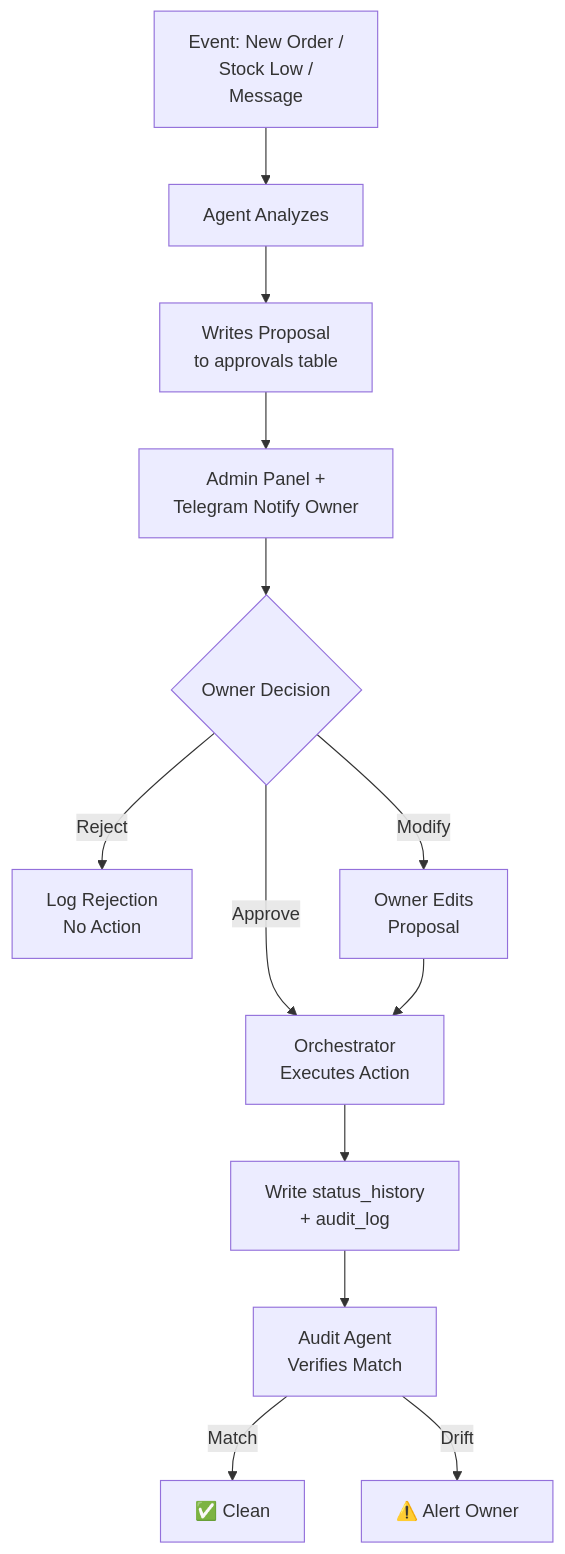
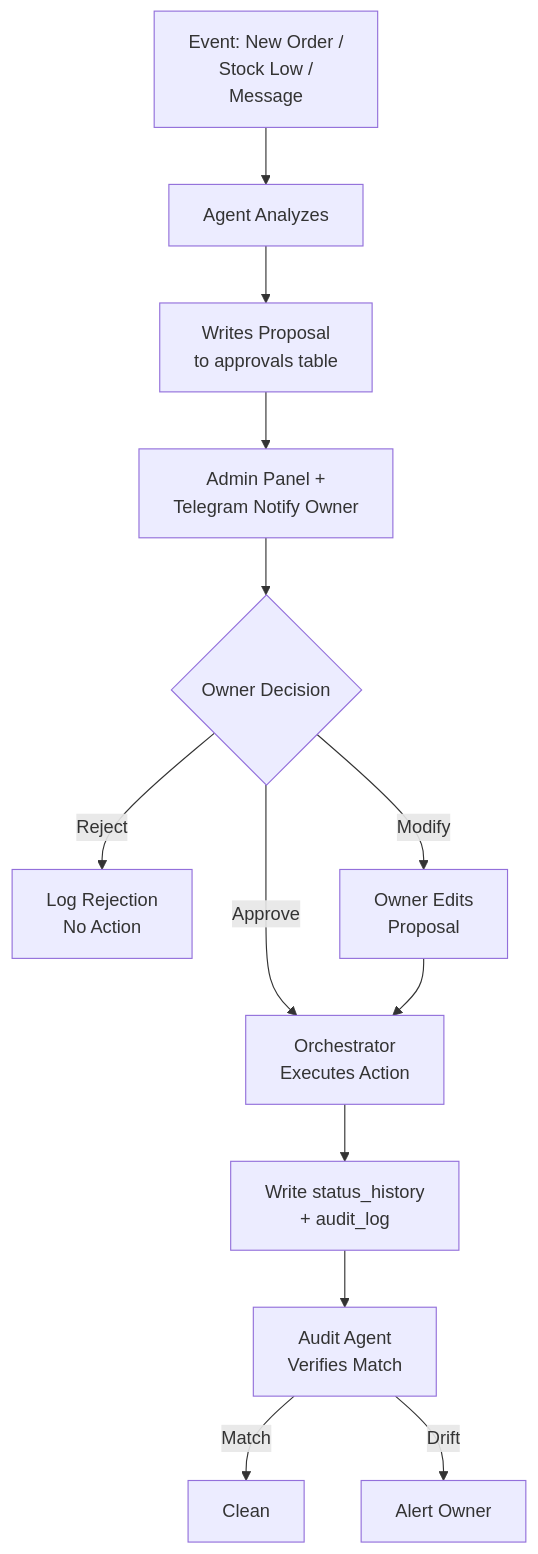
One commit to RishiSakhija/Shiro changed the fourth of 5 diagrams in README.md. Above: the diagram before and after it, drawn with Mermaid. The commit also changed other lines of this file, not shown here.

Commit message:
docs: fix Mermaid syntax in README - wrap labels with special chars in quotes, remove emojis from diagrams, fix Gantt chart task names

````diff
--- a/README.md
+++ b/README.md
@@ -196,15 +196,15 @@
 ```mermaid
 flowchart TD
-    A[Event: New Order /\nStock Low /\nMessage] --> B[Agent Analyzes]
-    B --> C[Writes Proposal\nto approvals table]
-    C --> D[Admin Panel +\nTelegram Notify Owner]
-    D --> E{Owner Decision}
-    E -->|Approve| F[Orchestrator\nExecutes Action]
-    E -->|Reject| G[Log Rejection\nNo Action]
-    E -->|Modify| H[Owner Edits\nProposal]
+    A["Event: New Order /\nStock Low /\nMessage"] --> B["Agent Analyzes"]
+    B --> C["Writes Proposal\nto approvals table"]
+    C --> D["Admin Panel +\nTelegram Notify Owner"]
+    D --> E{"Owner Decision"}
+    E -->|Approve| F["Orchestrator\nExecutes Action"]
+    E -->|Reject| G["Log Rejection\nNo Action"]
+    E -->|Modify| H["Owner Edits\nProposal"]
     H --> F
-    F --> I[Write status_history\n+ audit_log]
-    I --> J[Audit Agent\nVerifies Match]
-    J -->|Match| K[✅ Clean]
-    J -->|Drift| L[⚠️ Alert Owner]
+    F --> I["Write status_history\n+ audit_log"]
+    I --> J["Audit Agent\nVerifies Match"]
+    J -->|Match| K["Clean"]
+    J -->|Drift| L["Alert Owner"]
 ```
````
